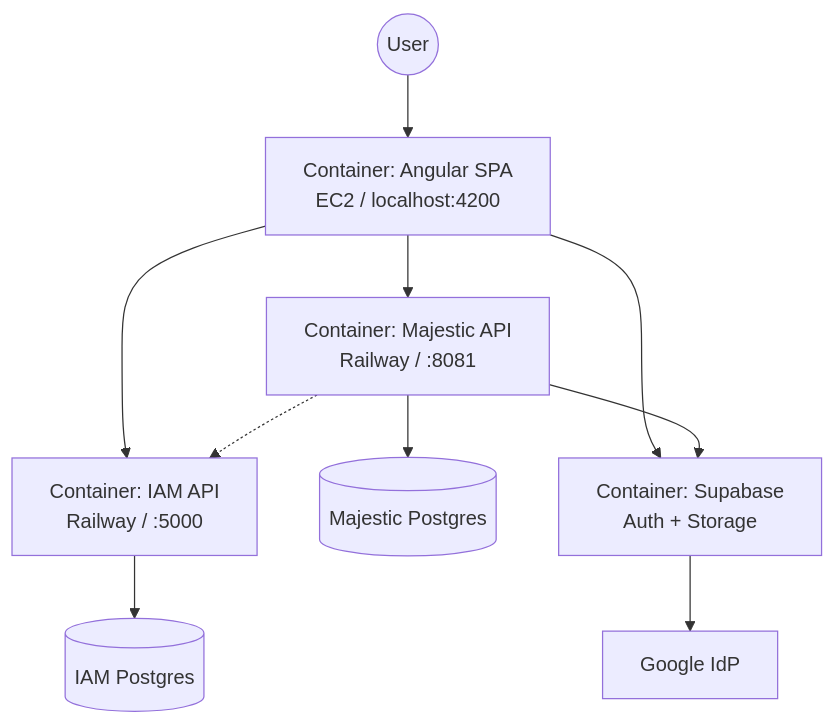
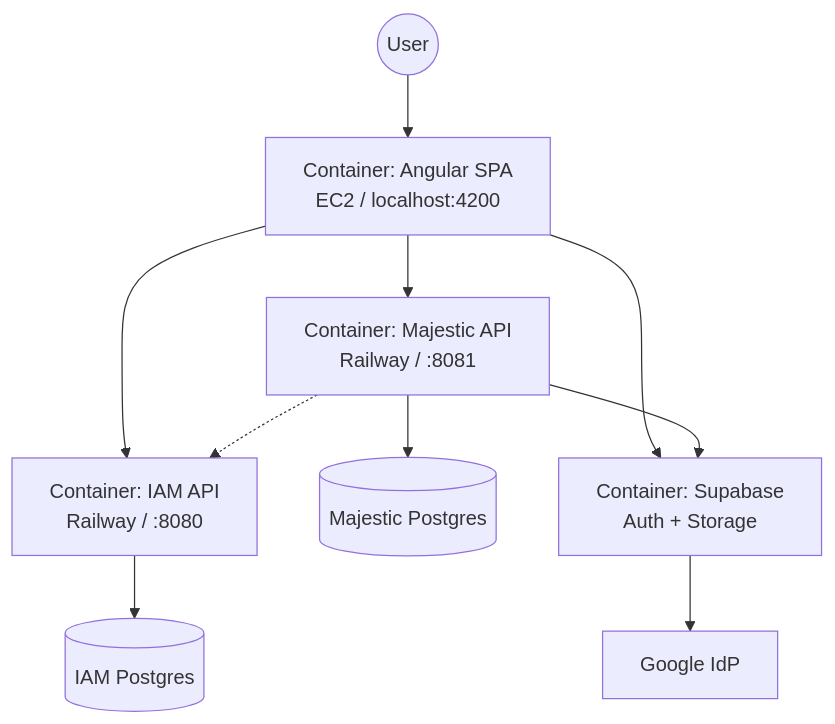
Diagram 12 of 17 in docs/product_requirements/03_System_Architecture.md (Jose-SN/majestic-warhorse), drawn with Mermaid before and after one commit. The commit also changed other lines of this file and 5 other files, not shown here.

````diff
--- a/docs/product_requirements/03_System_Architecture.md
+++ b/docs/product_requirements/03_System_Architecture.md
@@ -684,21 +684,21 @@
 ```mermaid
 flowchart TB
   user((User))
   spa[Container: Angular SPA\nEC2 / localhost:4200]
-  iam[Container: IAM API\nRailway / :5000]
+  iam[Container: IAM API\nRailway / :8080]
   mw[Container: Majestic API\nRailway / :8081]
   iamdb[(IAM Postgres)]
   mwdb[(Majestic Postgres)]
   sb[Container: Supabase\nAuth + Storage]
   google[Google IdP]
 
   user --> spa
   spa --> iam
   spa --> mw
   spa --> sb
   sb --> google
   iam --> iamdb
   mw --> mwdb
   mw --> sb
   mw -.-> iam
 ```
````
